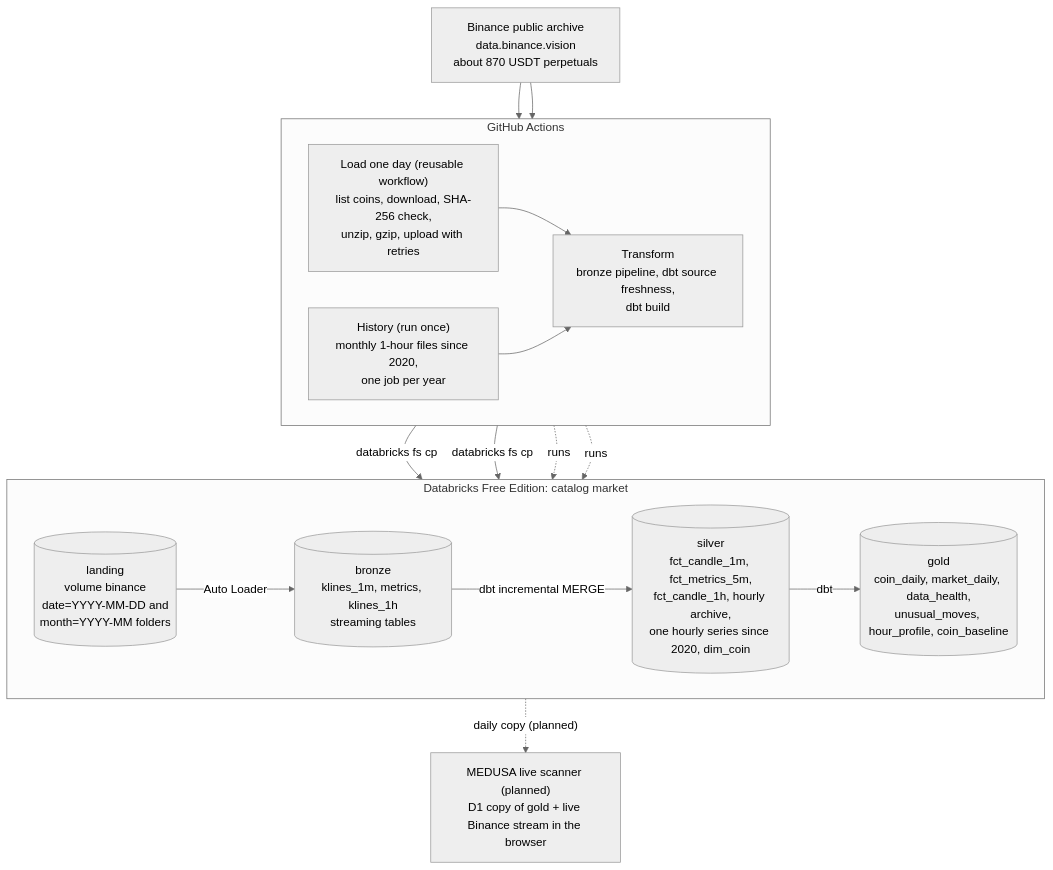
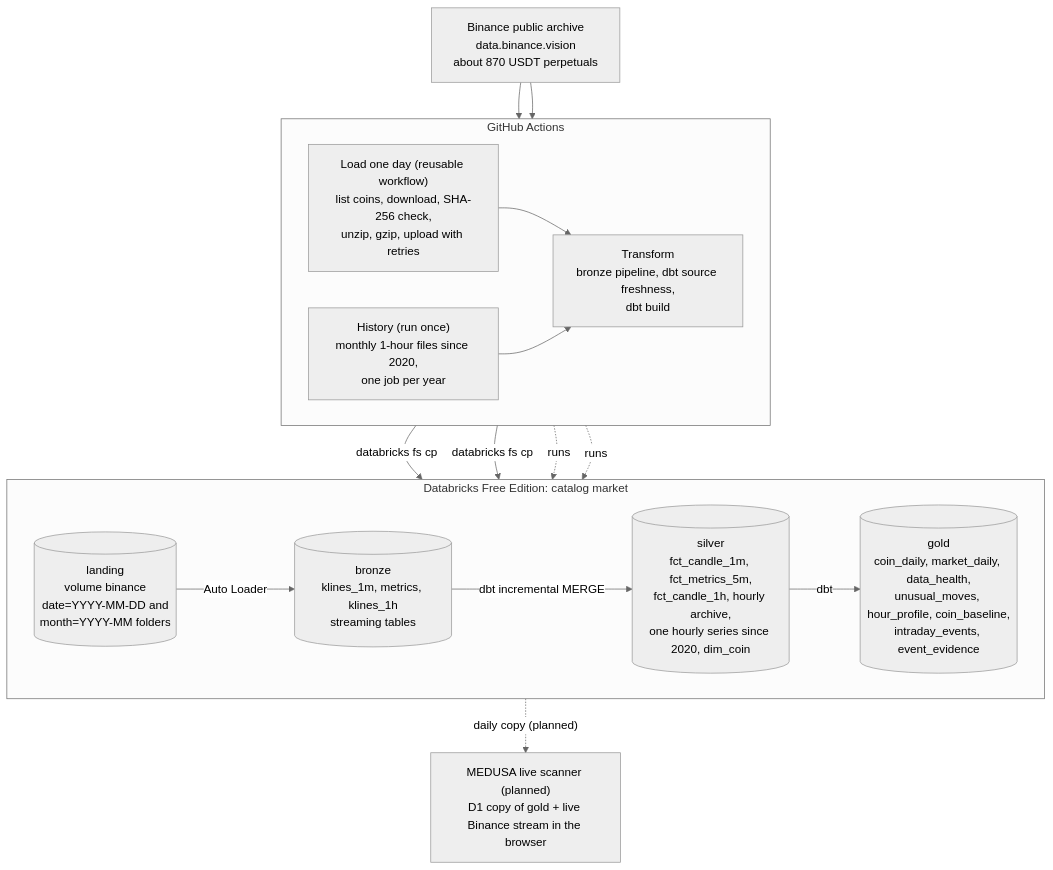
Before and after one commit to shivam65-sketch/medusa: the diagram in docs/diagrams/lakehouse-flow.mmd, drawn with Mermaid. The commit also changed 11 other files, not shown here.

Commit message:
Docs: step 22 (evidence), ADR-022, glossary, updated diagrams

```diff
--- a/docs/diagrams/lakehouse-flow.mmd
+++ b/docs/diagrams/lakehouse-flow.mmd
@@ -1,28 +1,28 @@
 %%{init: {"theme": "neutral"}}%%
 flowchart TB
   BIN["Binance public archive<br>data.binance.vision<br>about 870 USDT perpetuals"]
   subgraph GH["GitHub Actions"]
     direction LR
     LD["Load one day (reusable workflow)<br>list coins, download, SHA-256 check,<br>unzip, gzip, upload with retries"]
     HI["History (run once)<br>monthly 1-hour files since 2020,<br>one job per year"]
     TR["Transform<br>bronze pipeline, dbt source freshness,<br>dbt build"]
     LD --> TR
     HI --> TR
   end
   subgraph DBX["Databricks Free Edition: catalog market"]
     direction LR
     L[("landing<br>volume binance<br>date=YYYY-MM-DD and<br>month=YYYY-MM folders")]
     BR[("bronze<br>klines_1m, metrics, klines_1h<br>streaming tables")]
     SI[("silver<br>fct_candle_1m, fct_metrics_5m,<br>fct_candle_1h, hourly archive,<br>one hourly series since 2020, dim_coin")]
-    GO[("gold<br>coin_daily, market_daily, data_health,<br>unusual_moves, hour_profile, coin_baseline")]
+    GO[("gold<br>coin_daily, market_daily, data_health,<br>unusual_moves, hour_profile, coin_baseline,<br>intraday_events, event_evidence")]
     L -->|"Auto Loader"| BR
     BR -->|"dbt incremental MERGE"| SI
     SI -->|"dbt"| GO
   end
   BIN --> LD
   BIN --> HI
   LD -->|"databricks fs cp"| L
   HI -->|"databricks fs cp"| L
   TR -.->|"runs"| BR
   TR -.->|"runs"| SI
   GO -.->|"daily copy (planned)"| WEB["MEDUSA live scanner (planned)<br>D1 copy of gold + live Binance stream in the browser"]
```
